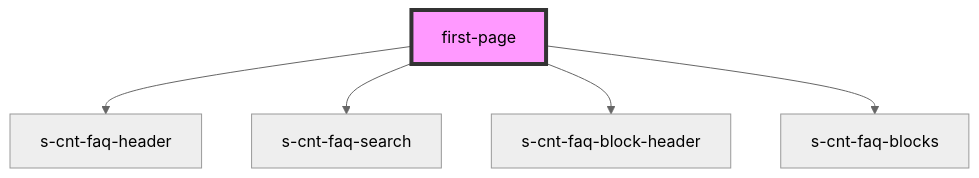
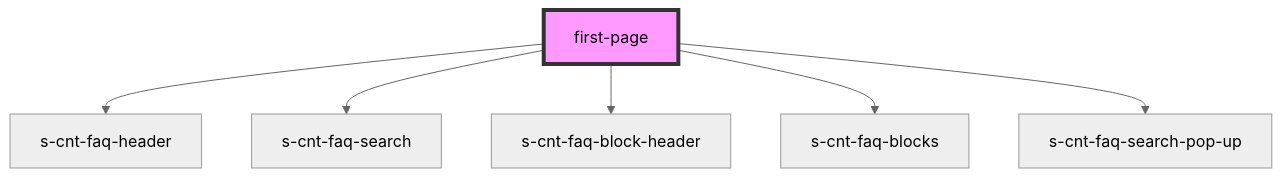
One commit to magabiev/algolia-project-in-stenciljs changed the diagram in src/components/first-page/readme.md. Above: the diagram before and after it, drawn with Mermaid (neutral theme). The commit also changed other lines of this file and 10 other files, not shown here.

````diff
--- a/src/components/first-page/readme.md
+++ b/src/components/first-page/readme.md
@@ -18,8 +19,9 @@
 ```mermaid
 graph TD;
   first-page --> s-cnt-faq-header
   first-page --> s-cnt-faq-search
   first-page --> s-cnt-faq-block-header
   first-page --> s-cnt-faq-blocks
+  first-page --> s-cnt-faq-search-pop-up
   style first-page fill:#f9f,stroke:#333,stroke-width:4px
 ```
````
